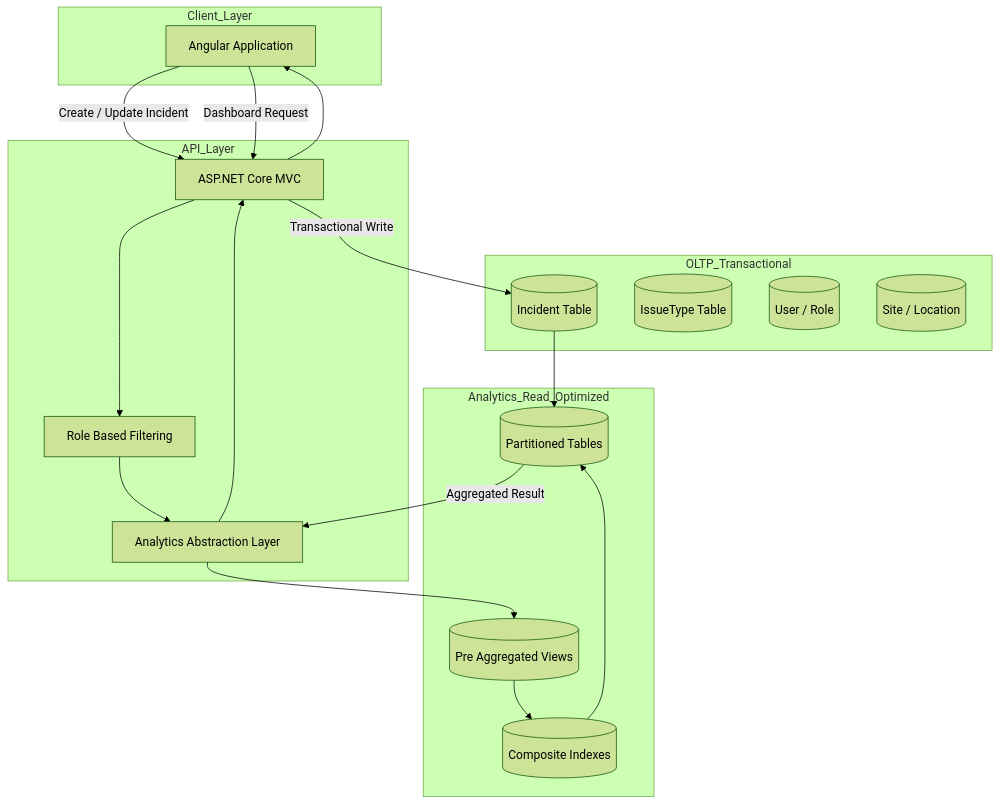
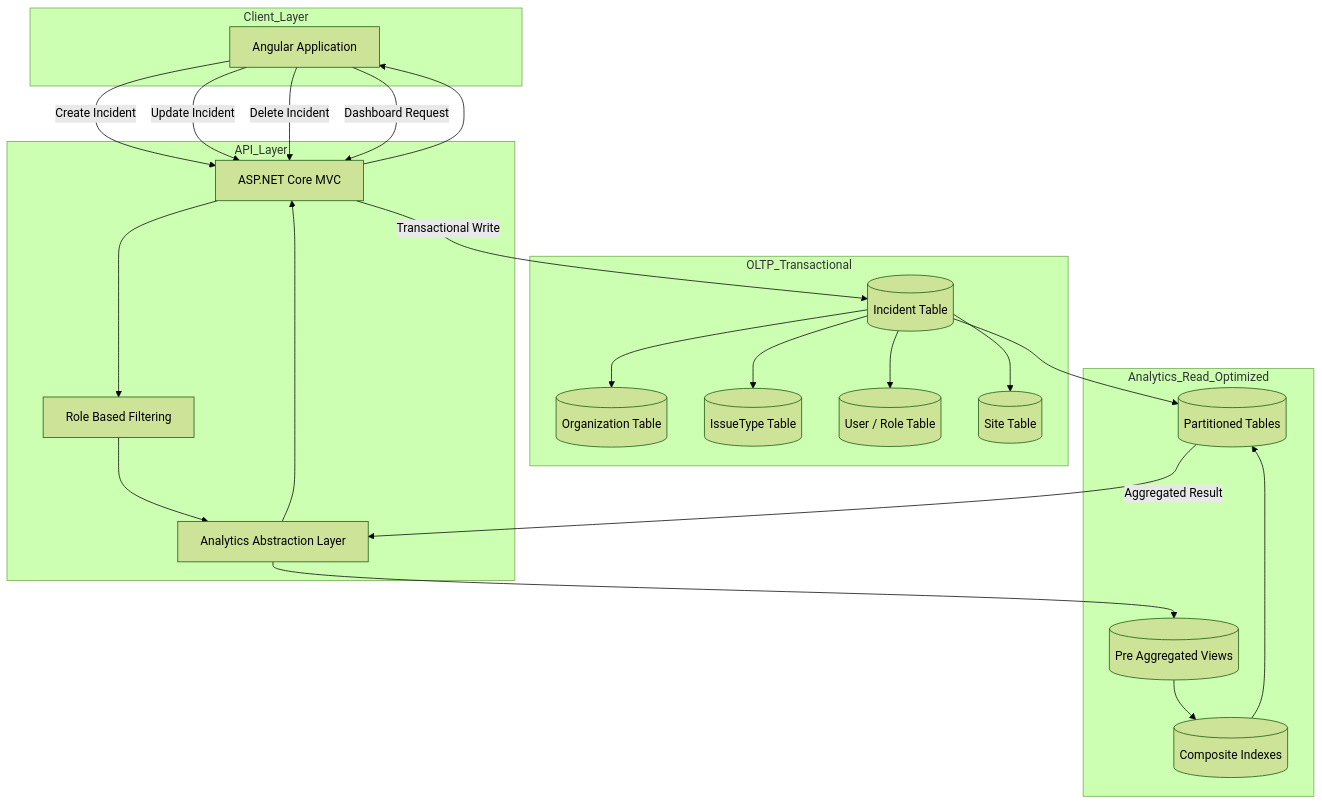
The diagram in README.md (yeschan119/end-to-end-analytics-dashboard), drawn with Mermaid (forest theme) before and after one commit.

````diff
--- a/README.md
+++ b/README.md
@@ -75,40 +75,67 @@
 ```mermaid
 flowchart TB
 
+%% ---------------------
+%% CLIENT LAYER
+%% ---------------------
 subgraph Client_Layer
     A[Angular Application]
 end
 
+%% ---------------------
+%% API LAYER
+%% ---------------------
 subgraph API_Layer
     B[ASP.NET Core MVC]
     C[Role Based Filtering]
     D[Analytics Abstraction Layer]
 end
 
+%% ---------------------
+%% OLTP LAYER
+%% ---------------------
 subgraph OLTP_Transactional
+    O[(Organization Table)]
     E[(Incident Table)]
     F[(IssueType Table)]
-    G[(User / Role)]
-    H[(Site / Location)]
+    G[(User / Role Table)]
+    H[(Site Table)]
 end
 
+%% ---------------------
+%% ANALYTICS LAYER
+%% ---------------------
 subgraph Analytics_Read_Optimized
     I[(Partitioned Tables)]
     J[(Composite Indexes)]
     K[(Pre Aggregated Views)]
 end
 
-A -->|Create / Update Incident| B
+%% ---------------------
+%% WRITE PATH - INCIDENT CRUD
+%% ---------------------
+A -->|Create Incident| B
+A -->|Update Incident| B
+A -->|Delete Incident| B
+
 B -->|Transactional Write| E
+E --> O
+E --> F
+E --> G
+E --> H
+
 E --> I
 
+%% ---------------------
+%% READ PATH - DASHBOARD
+%% ---------------------
 A -->|Dashboard Request| B
 B --> C
 C --> D
 D --> K
 K --> J
 J --> I
 I -->|Aggregated Result| D
 D --> B
 B --> A
 ```
````
